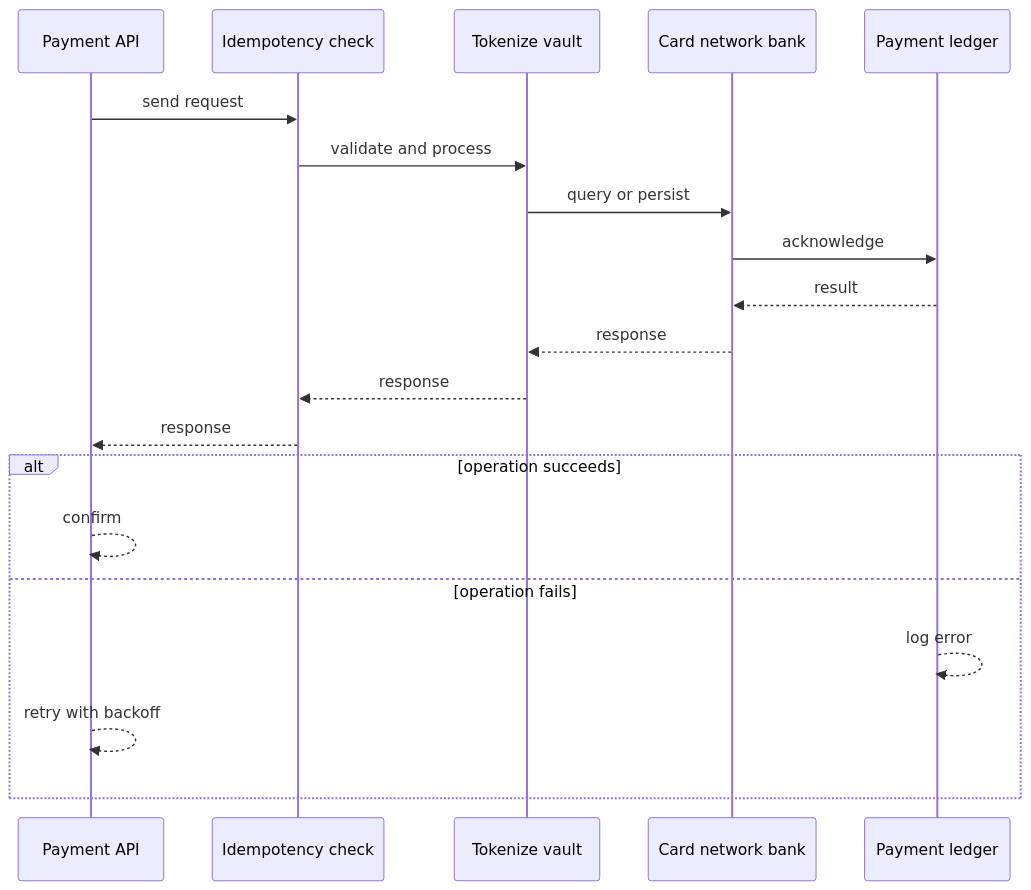
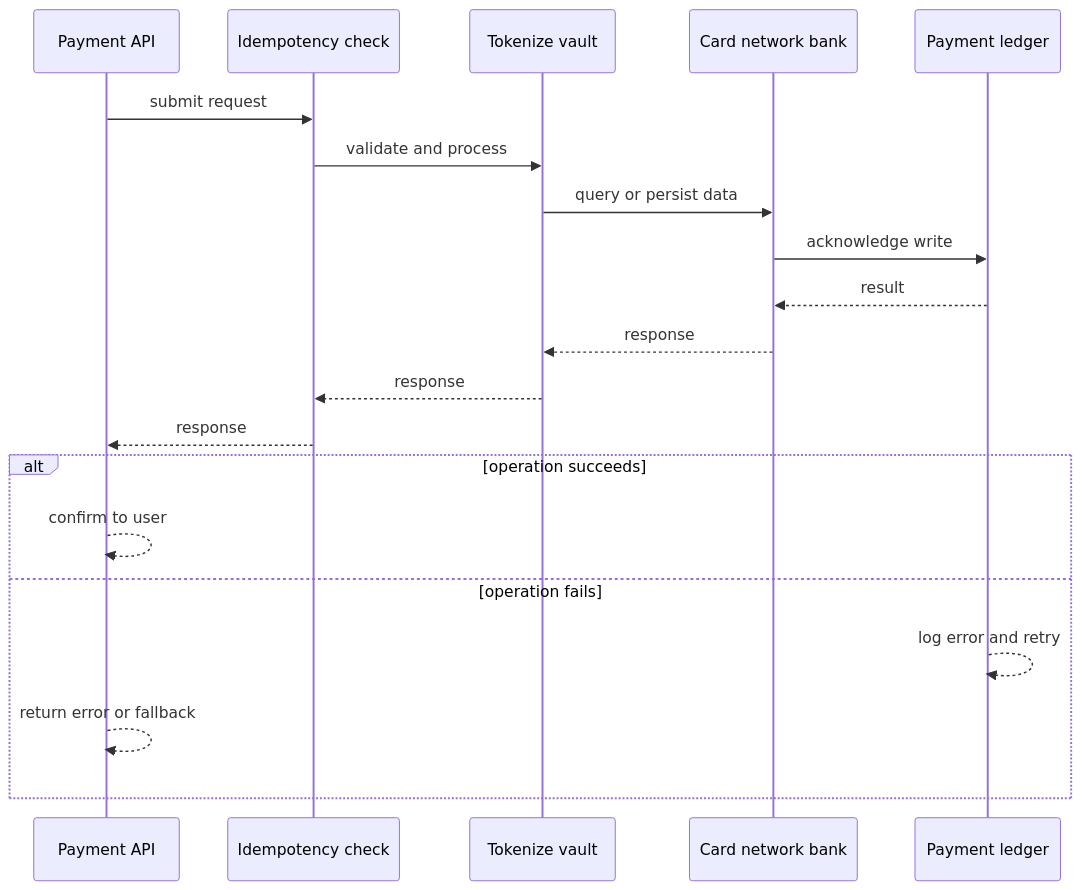
The second of 4 diagrams in case-studies/advanced/payment-gateway.md (RIT-MESH/system-design-mastery), drawn with Mermaid before and after one commit. The commit also changed other lines of this file and 127 other files, not shown here.

First line of the commit message:
Improve all case study diagrams: case-specific sequences, fix truncated labels

````diff
--- a/case-studies/advanced/payment-gateway.md
+++ b/case-studies/advanced/payment-gateway.md
@@ -78,23 +78,23 @@
 ```mermaid
 %% created-for: system-design-mastery
 sequenceDiagram
-  participant C0 as Payment API
-  participant C1 as Idempotency check
-  participant C2 as Tokenize vault
-  participant C3 as Card network bank
-  participant C4 as Payment ledger
-  C0 ->> C1: send request
-  C1 ->> C2: validate and process
-  C2 ->> C3: query or persist
-  C3 ->> C4: acknowledge
-  C4 -->> C3: result
-  C3 -->> C2: response
-  C2 -->> C1: response
-  C1 -->> C0: response
+  participant P0 as Payment API
+  participant P1 as Idempotency check
+  participant P2 as Tokenize vault
+  participant P3 as Card network bank
+  participant P4 as Payment ledger
+  P0 ->> P1: submit request
+  P1 ->> P2: validate and process
+  P2 ->> P3: query or persist data
+  P3 ->> P4: acknowledge write
+  P4 -->> P3: result
+  P3 -->> P2: response
+  P2 -->> P1: response
+  P1 -->> P0: response
   alt operation succeeds
-    C0 -->> C0: confirm
+    P0 -->> P0: confirm to user
   else operation fails
-    C4 -->> C4: log error
-    C0 -->> C0: retry with backoff
+    P4 -->> P4: log error and retry
+    P0 -->> P0: return error or fallback
   end
 ```
````
